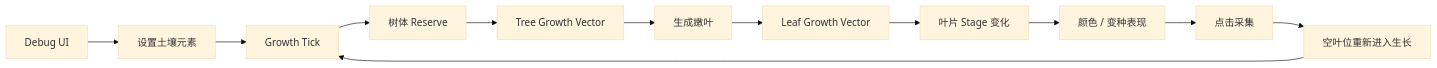
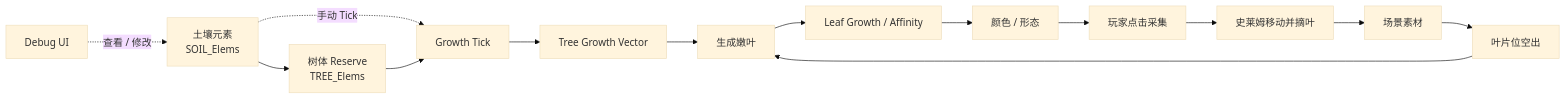
One commit to Ri0n72Y/idea-slime-bar changed the second of 4 diagrams in mvp/watermelon-kitchen/implementation-roadmap.md. Above: the diagram before and after it, drawn with Mermaid (base theme). The commit also changed other lines of this file, not shown here.

Commit message:
docs: reframe roadmap around growth tick model

````diff
--- a/mvp/watermelon-kitchen/implementation-roadmap.md
+++ b/mvp/watermelon-kitchen/implementation-roadmap.md
@@ -455,16 +436,19 @@
 ```mermaid
 flowchart LR
-    D[Debug UI]
-    --> S[设置土壤元素]
+    X[Debug UI]
+    -.查看 / 修改.-> A
+    -.手动 Tick.-> C
 
-    S --> T[Growth Tick]
-    T --> R[树体 Reserve]
-    R --> G[Tree Growth Vector]
-    G --> L[生成嫩叶]
-    L --> LG[Leaf Growth Vector]
-    LG --> LS[叶片 Stage 变化]
-    LS --> V[颜色 / 变种表现]
-    V --> C[点击采集]
-    C --> N[空叶位重新进入生长]
-    N --> T
+    A[土壤元素<br/>SOIL_Elems]
+    --> B[树体 Reserve<br/>TREE_Elems]
+    --> C[Growth Tick]
+    --> D[Tree Growth Vector]
+    --> E[生成嫩叶]
+    --> F[Leaf Growth / Affinity]
+    --> G[颜色 / 形态]
+    --> H[玩家点击采集]
+    --> I[史莱姆移动并摘叶]
+    --> J[场景素材]
+    --> K[叶片位空出]
+    --> E
 ```
````
